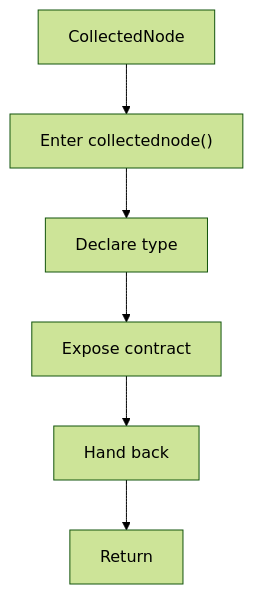
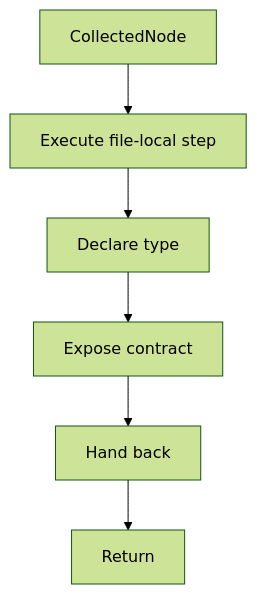
Before and after one commit to JohnAndrewBalbarosa/NeoTerritory: the diagram in docs/Codebase/Microservice/Modules/Header/SyntacticBrokenAST/HashingMechanism/HashLinks/Internal/Flow/functions/collectednode.hpp.md, drawn with Mermaid (forest theme). The commit also changed other lines of this file and 925 other files, not shown here.

````diff
--- a/docs/Codebase/Microservice/Modules/Header/SyntacticBrokenAST/HashingMechanism/HashLinks/Internal/Flow/functions/collectednode.hpp.md
+++ b/docs/Codebase/Microservice/Modules/Header/SyntacticBrokenAST/HashingMechanism/HashLinks/Internal/Flow/functions/collectednode.hpp.md
@@ -16,14 +16,14 @@
 ```mermaid
 flowchart TD
     Start["CollectedNode"]
-    N0["Enter collectednode()"]
+    N0["Execute file-local step"]
     N1["Declare type"]
     N2["Expose contract"]
     N3["Hand back"]
     End["Return"]
     Start --> N0
     N0 --> N1
     N1 --> N2
     N2 --> N3
     N3 --> End
 ```
````
